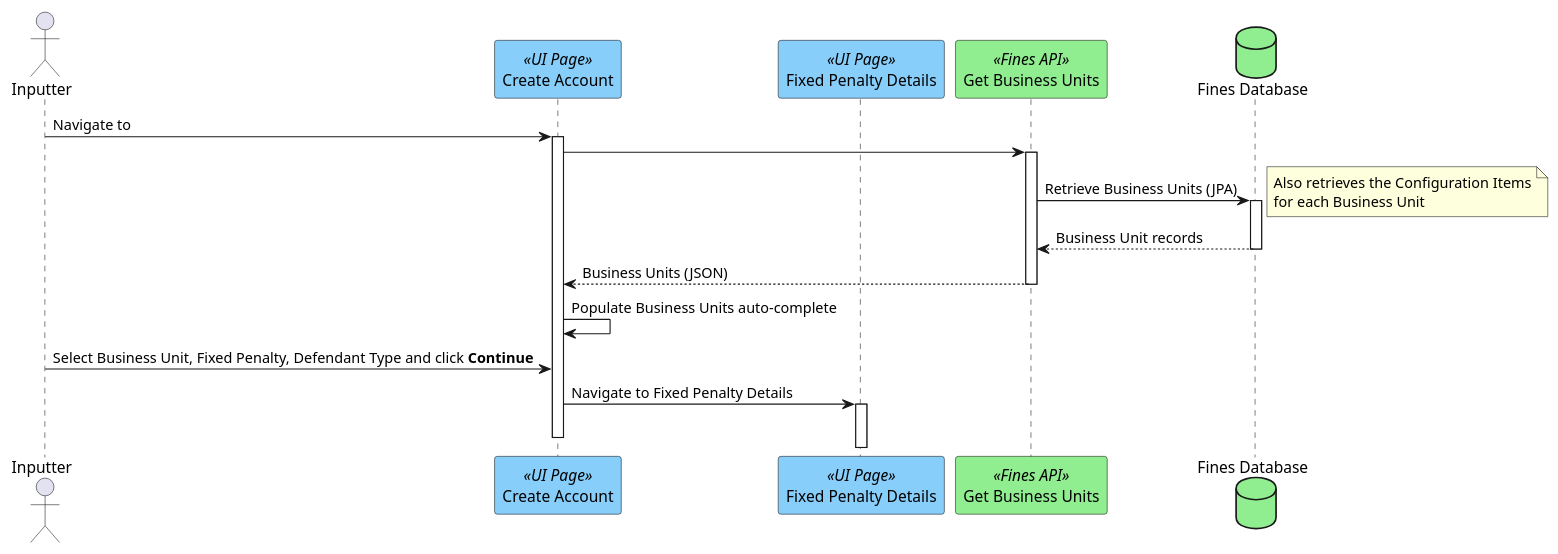
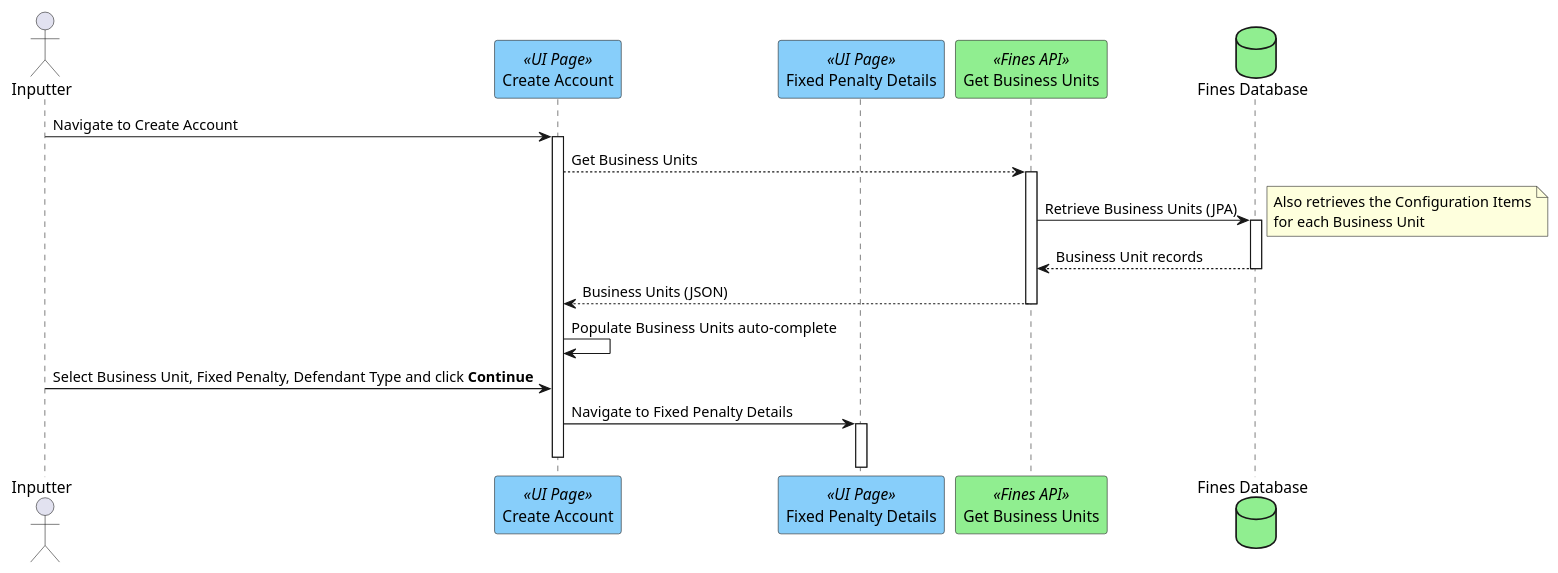
Before and after one commit to hmcts/opal-docs: the diagram in plantUML/mac-manual-fixed-penalty/mac-create-account.puml, drawn with PlantUML.

Commit message:
more detail for create account

```diff
--- a/plantUML/mac-manual-fixed-penalty/mac-create-account.puml
+++ b/plantUML/mac-manual-fixed-penalty/mac-create-account.puml
@@ -1,21 +1,21 @@
 @startuml
 actor "Inputter" as user
 participant "Create Account" as createAccounts <<UI Page>> #lightskyblue
 participant "Fixed Penalty Details" as fixedPenaltyDetails <<UI Page>> #lightskyblue
 participant "Get Business Units" as businessUnits <<Fines API>> #lightgreen
 database "Fines Database" as db #lightgreen
 
-user -> createAccounts ++ : Navigate to
-createAccounts -> businessUnits++
+user -> createAccounts ++ : Navigate to Create Account
+createAccounts --> businessUnits++ : Get Business Units
 businessUnits -> db ++ : Retrieve Business Units (JPA)
 note right
   Also retrieves the Configuration Items
   for each Business Unit
 end note
 businessUnits <-- db -- : Business Unit records
 createAccounts <-- businessUnits-- : Business Units (JSON)
 createAccounts -> createAccounts : Populate Business Units auto-complete
 user -> createAccounts : Select Business Unit, Fixed Penalty, Defendant Type and click <b>Continue</b>
 createAccounts -> fixedPenaltyDetails ++ : Navigate to Fixed Penalty Details
 deactivate createAccounts
 @enduml
```
